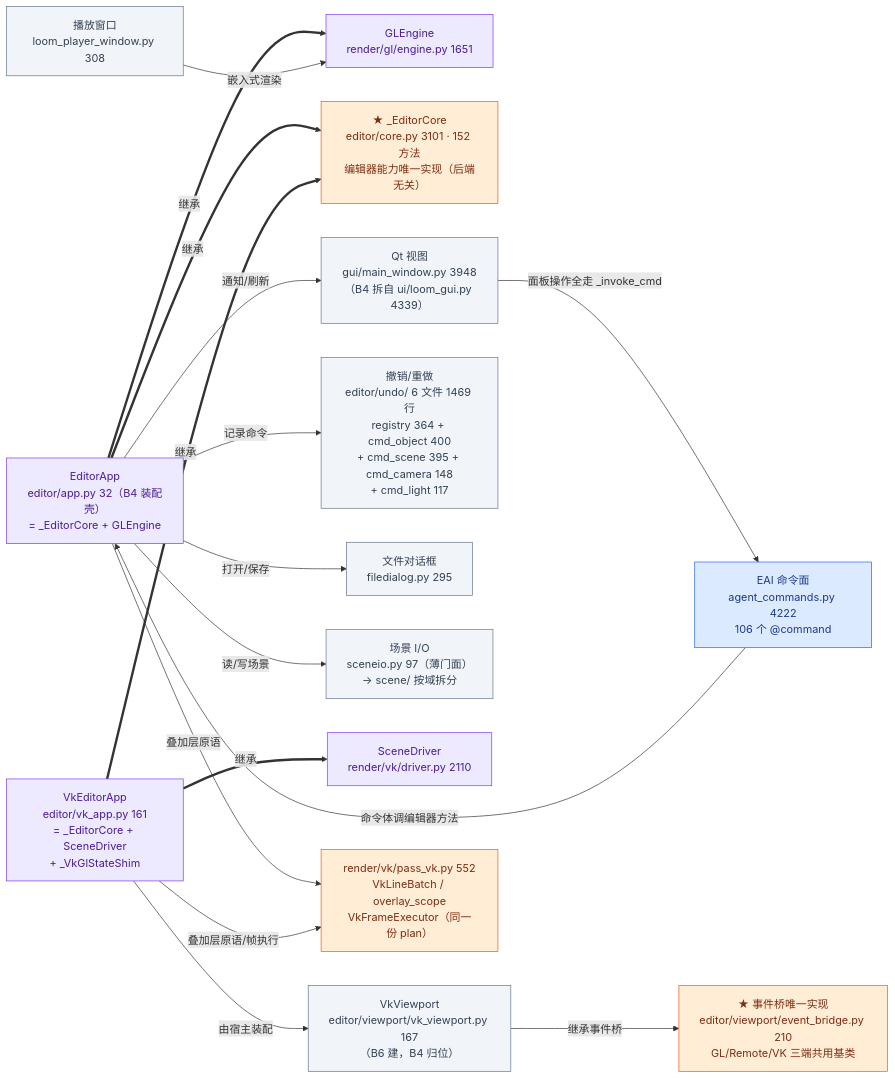
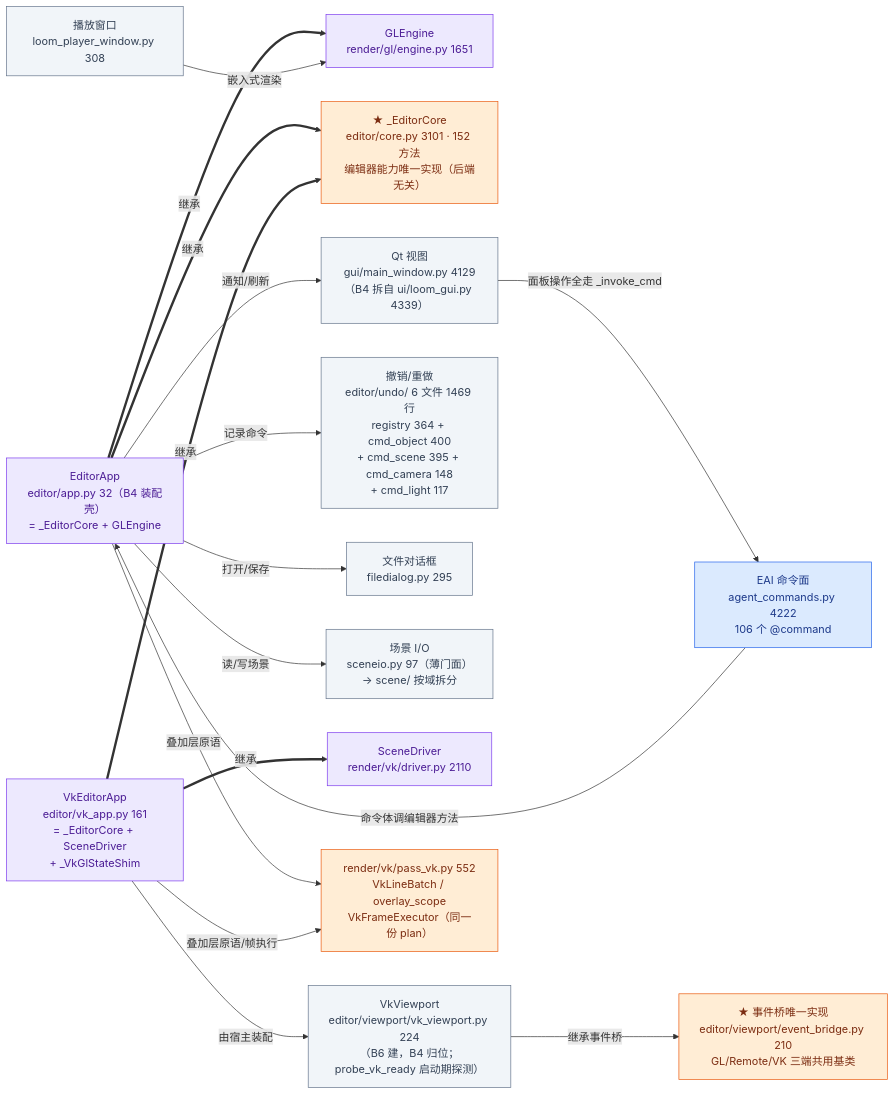
Before and after one commit to lhy302/WeaveEngine: the tenth of 23 diagrams in ARCHITECTURE.md, drawn with Mermaid. The commit also changed other lines of this file, not shown here.

Commit message:
docs: Q-B7-60-1 终审修复批图同步（VK 失败自动回退/面板可达/写盘单层化，HEAD 6258ff1：图1/1.1/8/9/13/19 + 169→171 个 .py/65123 行 + 新门 test_editor_vk_fallback_panel 55 + run_all 6497 PASS）

````diff
--- a/ARCHITECTURE.md
+++ b/ARCHITECTURE.md
@@ -514,36 +519,36 @@
 ```mermaid
 flowchart LR
   ED["EditorApp<br/>editor/app.py 32（B4 装配壳）<br/>= _EditorCore + GLEngine"]:::facade
   GE["GLEngine<br/>render/gl/engine.py 1651"]:::facade
   COR["★ _EditorCore<br/>editor/core.py 3101 · 152 方法<br/>编辑器能力唯一实现（后端无关）"]:::contract
-  V["Qt 视图<br/>gui/main_window.py 3948<br/>（B4 拆自 ui/loom_gui.py 4339）"]:::file
+  V["Qt 视图<br/>gui/main_window.py 4129<br/>（B4 拆自 ui/loom_gui.py 4339）"]:::file
   U["撤销/重做<br/>editor/undo/ 6 文件 1469 行<br/>registry 364 + cmd_object 400<br/>+ cmd_scene 395 + cmd_camera 148<br/>+ cmd_light 117"]:::file
   EAI["EAI 命令面<br/>agent_commands.py 4222<br/>106 个 @command"]:::entry
   FD["文件对话框<br/>filedialog.py 295"]:::file
   PW["播放窗口<br/>loom_player_window.py 308"]:::file
   S["场景 I/O<br/>sceneio.py 97（薄门面）<br/>→ scene/ 按域拆分"]:::file
   VKE["VkEditorApp<br/>editor/vk_app.py 161<br/>= _EditorCore + SceneDriver<br/>+ _VkGlStateShim"]:::facade
   SDV["SceneDriver<br/>render/vk/driver.py 2110"]:::facade
-  VKV["VkViewport<br/>editor/viewport/vk_viewport.py 167<br/>（B6 建，B4 归位）"]:::file
+  VKV["VkViewport<br/>editor/viewport/vk_viewport.py 224<br/>（B6 建，B4 归位；probe_vk_ready 启动期探测）"]:::file
   EB["★ 事件桥唯一实现<br/>editor/viewport/event_bridge.py 210<br/>GL/Remote/VK 三端共用基类"]:::contract
   LPV["render/vk/pass_vk.py 552<br/>VkLineBatch / overlay_scope<br/>VkFrameExecutor（同一份 plan）"]:::contract
   ED ==>|继承| GE
   ED ==>|继承| COR
   VKE ==>|继承| COR
   VKE ==>|继承| SDV
   VKE -->|由宿主装配| VKV
   VKV -->|继承事件桥| EB
   ED -->|通知/刷新| V
   V -->|面板操作全走 _invoke_cmd| EAI
   ED -->|叠加层原语| LPV
   VKE -->|叠加层原语/帧执行| LPV
   ED -->|记录命令| U
   EAI -->|命令体调编辑器方法| ED
   ED -->|打开/保存| FD
   ED -->|读/写场景| S
   PW -->|嵌入式渲染| GE
   classDef entry fill:#dbeafe,stroke:#2563eb,color:#1e3a8a
   classDef facade fill:#ede9fe,stroke:#7c3aed,color:#4c1d95
   classDef file fill:#f1f5f9,stroke:#64748b,color:#334155
   classDef contract fill:#ffedd5,stroke:#ea580c,color:#7c2d12
 ```
````
